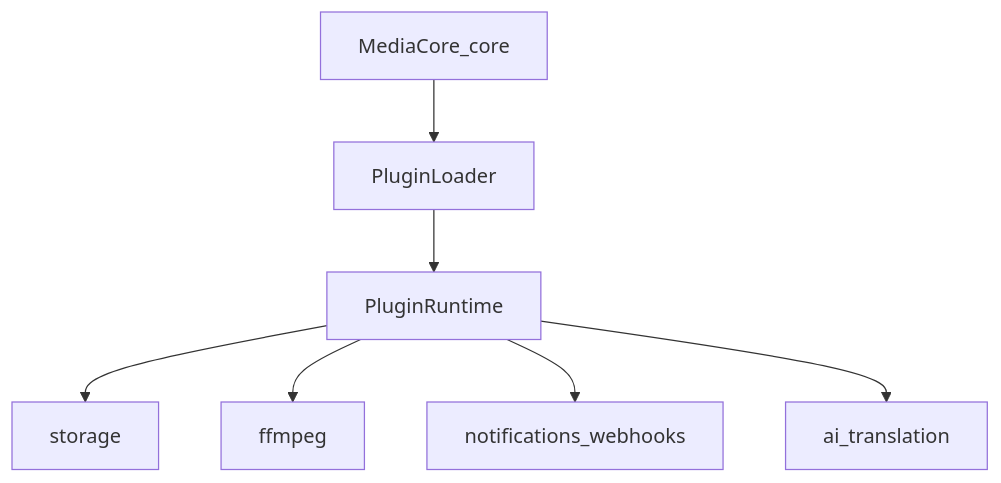
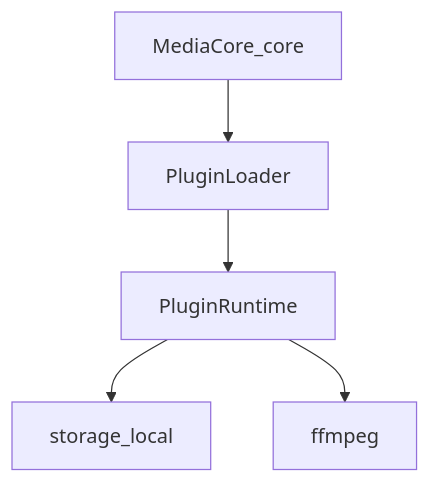
Before and after one commit to vannyakh/mediacore: the diagram in docs/plugins/index.md, drawn with Mermaid. The commit also changed other lines of this file and 243 other files, not shown here.

````diff
--- a/docs/plugins/index.md
+++ b/docs/plugins/index.md
@@ -5,9 +10,7 @@
 ```mermaid
 flowchart TD
   Core[MediaCore_core] --> Loader[PluginLoader]
   Loader --> Runtime[PluginRuntime]
-  Runtime --> Storage[storage]
+  Runtime --> Storage[storage_local]
   Runtime --> FFmpeg[ffmpeg]
-  Runtime --> Notify[notifications_webhooks]
-  Runtime --> AI[ai_translation]
 ```
````
